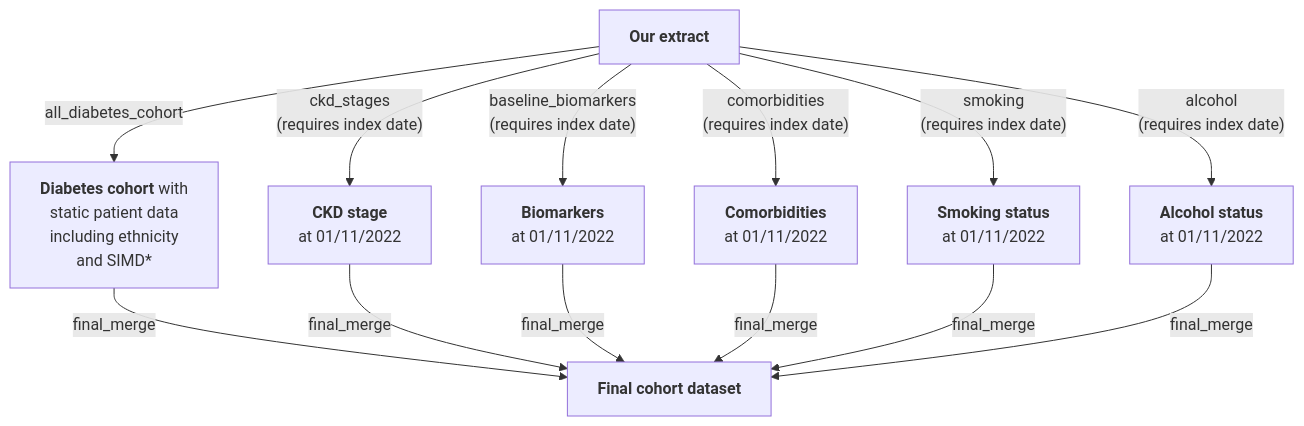
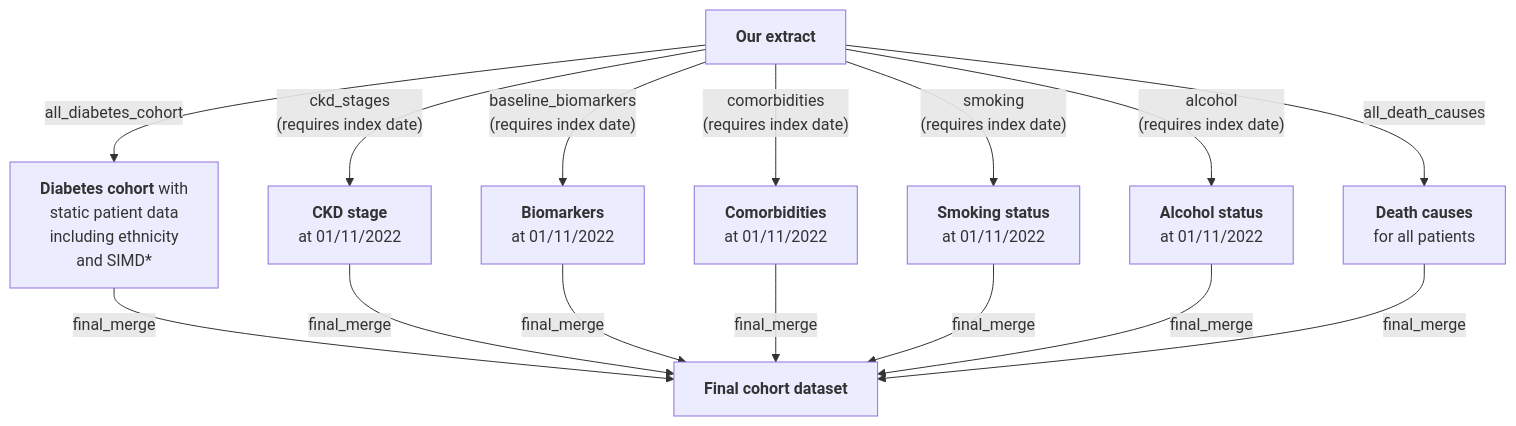
One commit to Exeter-Diabetes/SDRN-Cohort-Scripts changed the diagram in 02-Prevalent/README.md. Above: the diagram before and after it, drawn with Mermaid. The commit also changed 6 other files, not shown here.

````diff
--- a/02-Prevalent/README.md
+++ b/02-Prevalent/README.md
@@ -11,15 +11,18 @@
 ```mermaid
 graph TD;
     A["<b>Our extract</b>"] --> |"all_diabetes_cohort"|B["<b>Diabetes cohort</b> with <br> static patient data <br> including ethnicity <br> and SIMD*"]
     A-->|"ckd_stages <br> (requires index date)"|C["<b>CKD stage </b> <br> at 01/11/2022"]
     A-->|"baseline_biomarkers <br> (requires index date)"|E["<b>Biomarkers</b> <br> at 01/11/2022"]
     A-->|"comorbidities <br> (requires index date)"|F["<b>Comorbidities</b> <br> at 01/11/2022"]
     A-->|"smoking <br> (requires index date)"|G["<b>Smoking status</b> <br> at 01/11/2022"]
     A-->|"alcohol <br> (requires index date)"|H["<b>Alcohol status</b> <br> at 01/11/2022"]
+    A --> |"all_death_causes"| I["<b>Death causes</b> <br> for all patients"]
+    
     B-->|"final_merge"|J["<b>Final cohort dataset</b>"]
     C-->|"final_merge"|J  
     E-->|"final_merge"|J
     F-->|"final_merge"|J
     G-->|"final_merge"|J
     H-->|"final_merge"|J  
+    I-->|"final_merge"|J
 ```
````
